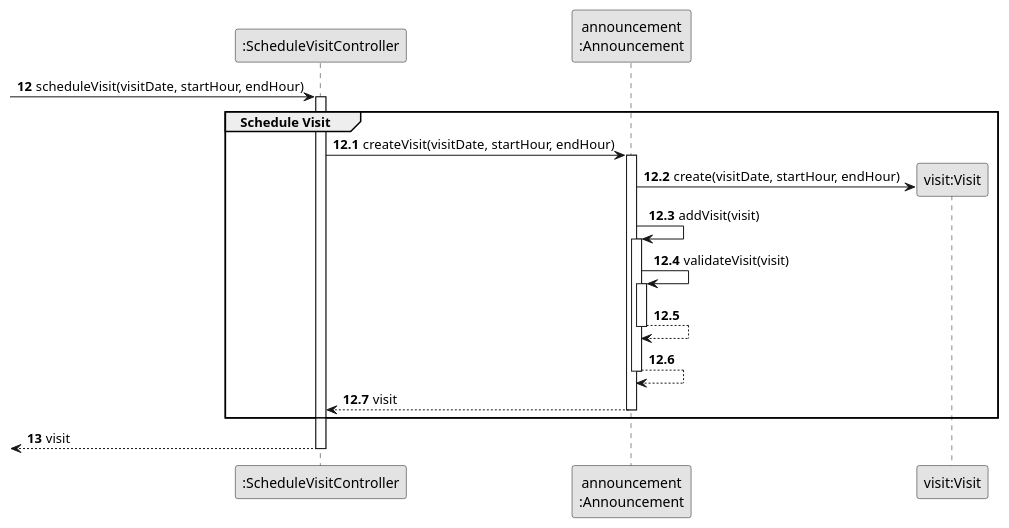
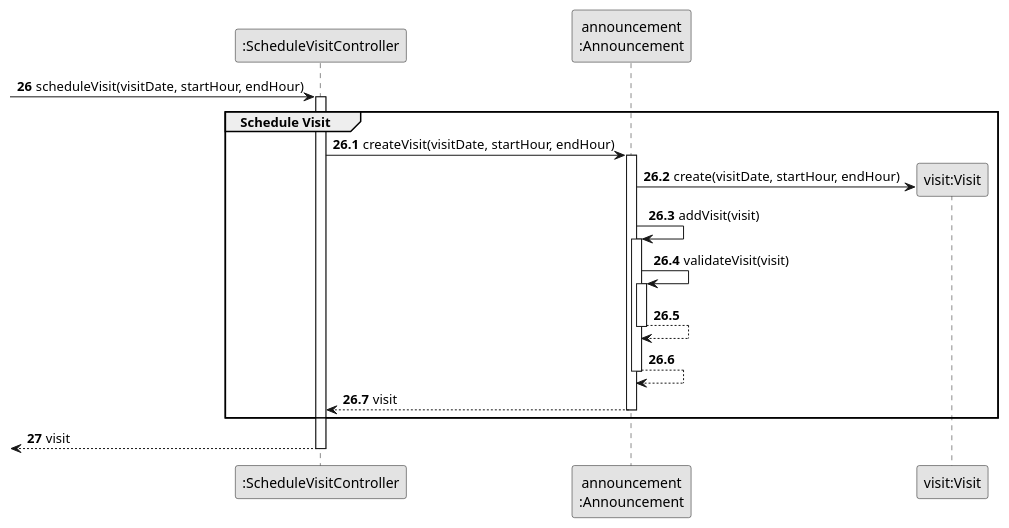
One commit to rita-barbosa/LAPR2-2223 changed the diagram in docs/sprintC/us009/03.design/puml/us009-sequence-diagram-partial-schedule-visit.puml. Above: the diagram before and after it, drawn with PlantUML. The commit also changed 5 other files, not shown here.

```diff
--- a/docs/sprintC/us009/03.design/puml/us009-sequence-diagram-partial-schedule-visit.puml
+++ b/docs/sprintC/us009/03.design/puml/us009-sequence-diagram-partial-schedule-visit.puml
@@ -1,47 +1,45 @@
 @startuml
 skinparam monochrome true
 skinparam packageStyle rectangle
 skinparam shadowing false
 
 participant ":ScheduleVisitController" as CTRL
 participant "announcement\n:Announcement" as ANNOUNCE
 participant "visit:Visit" as VST
 
-autonumber 12
+autonumber 26
 
     -> CTRL : scheduleVisit(visitDate, startHour, endHour)
     activate CTRL
 
-    autonumber 12.1
+    autonumber 26.1
 
     group Schedule Visit
 
     CTRL -> ANNOUNCE : createVisit(visitDate, startHour, endHour)
     activate ANNOUNCE
-
-
 
     ANNOUNCE -> VST** : create(visitDate, startHour, endHour)
 
      ANNOUNCE -> ANNOUNCE : addVisit(visit)
      activate ANNOUNCE
 
      ANNOUNCE -> ANNOUNCE : validateVisit(visit)
      activate ANNOUNCE
 
         ANNOUNCE --> ANNOUNCE
      deactivate ANNOUNCE
 
      ANNOUNCE --> ANNOUNCE
      deactivate ANNOUNCE
 
         ANNOUNCE --> CTRL : visit
     deactivate ANNOUNCE
 
     end group
 
-    autonumber 13
+    autonumber 27
         <-- CTRL : visit
     deactivate CTRL
 
 @enduml
```
